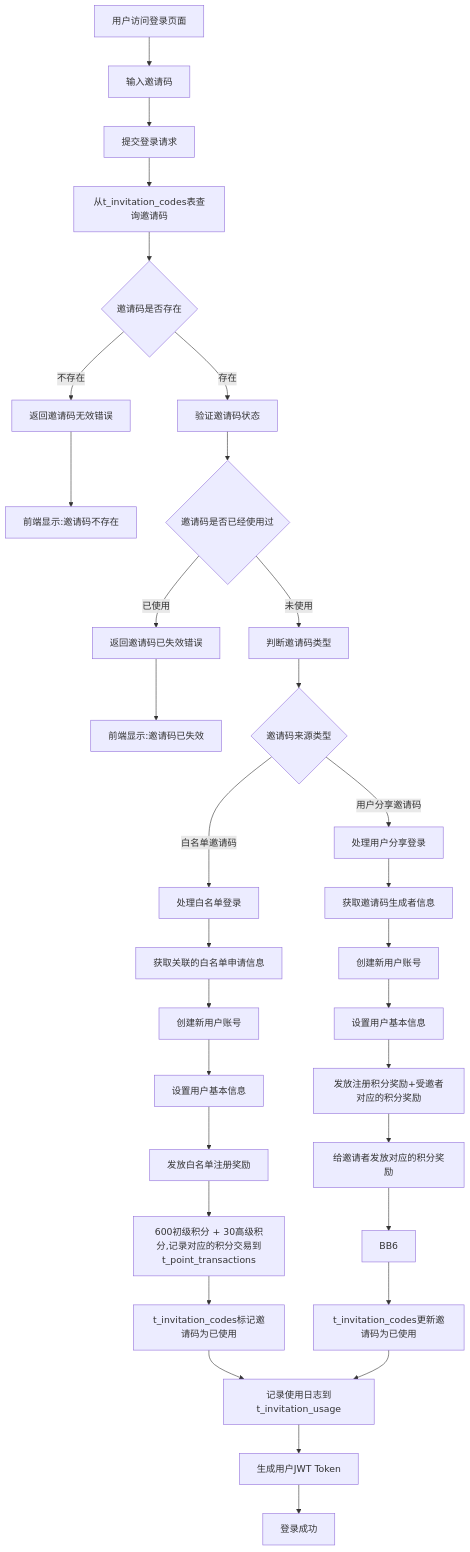
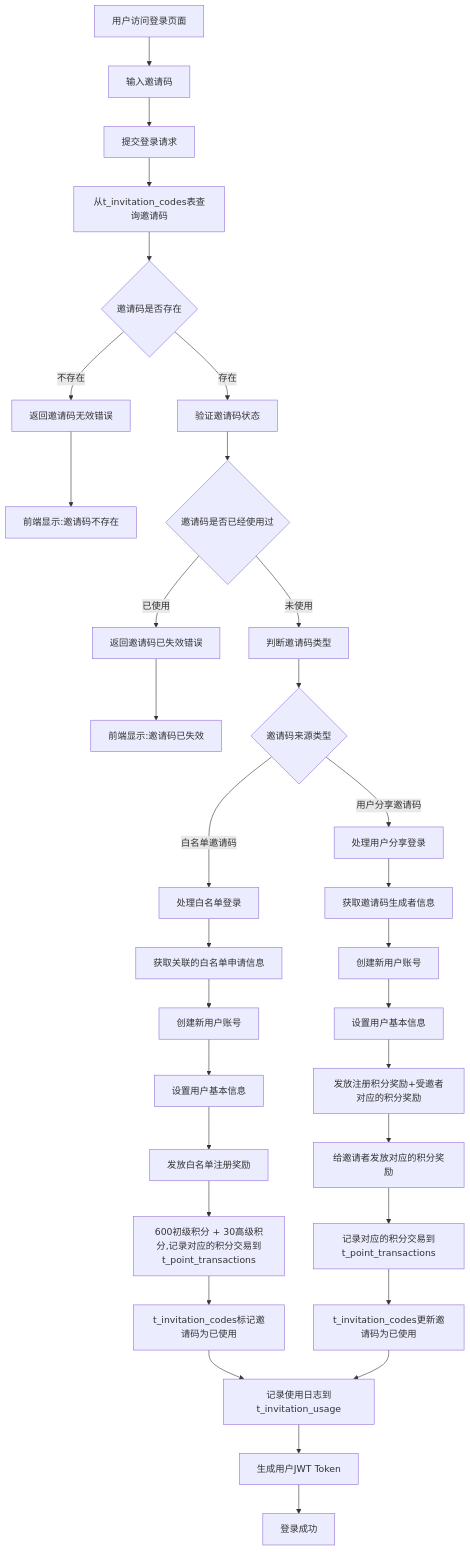
One commit to yingjianzh/iodraw-files changed the diagram in all/未命名-74.md. Above: the diagram before and after it, drawn with Mermaid.

Commit message:
2025-07-07 14:03:25 update

````diff
--- a/all/未命名-74.md
+++ b/all/未命名-74.md
@@ -1,41 +1,41 @@
 ```mermaid
 
 flowchart TD
     A[用户访问登录页面] --> B[输入邀请码]
     B --> E[提交登录请求]
     E --> H[从t_invitation_codes表查询邀请码]
     H --> I{邀请码是否存在}
     I -->|不存在| J[返回邀请码无效错误]
     J --> K[前端显示:邀请码不存在]
     
     I -->|存在| L[验证邀请码状态]
     L --> M{邀请码是否已经使用过}
     M -->|已使用| N[返回邀请码已失效错误]
     N --> O[前端显示:邀请码已失效]
     
     M -->|未使用| X[判断邀请码类型]
     X --> Y{邀请码来源类型}
     
     Y -->|白名单邀请码| Z[处理白名单登录]
     Z --> Z1[获取关联的白名单申请信息]
     Z1 --> Z2[创建新用户账号]
     Z2 --> Z3[设置用户基本信息]
     Z3 --> Z4[发放白名单注册奖励]
     Z4 --> Z5[600初级积分 + 30高级积分,记录对应的积分交易到t_point_transactions]
     Z5 --> Z6[t_invitation_codes标记邀请码为已使用]
     Z6 --> AA[记录使用日志到t_invitation_usage]
     
     Y -->|用户分享邀请码| BB[处理用户分享登录]
     BB --> BB1[获取邀请码生成者信息]
     BB1 --> BB2[创建新用户账号]
     BB2 --> BB3[设置用户基本信息]
     BB3 --> BB4[发放注册积分奖励+受邀者对应的积分奖励]
     BB4 --> BB5[给邀请者发放对应的积分奖励]
-    BB5 --> BB6
+    BB5 --> BB6[记录对应的积分交易到t_point_transactions]
     BB6 --> BB7[t_invitation_codes更新邀请码为已使用]
     BB7 --> AA
     
     AA --> CC[生成用户JWT Token]
     CC --> DD[登录成功]  
 
 ```
````
